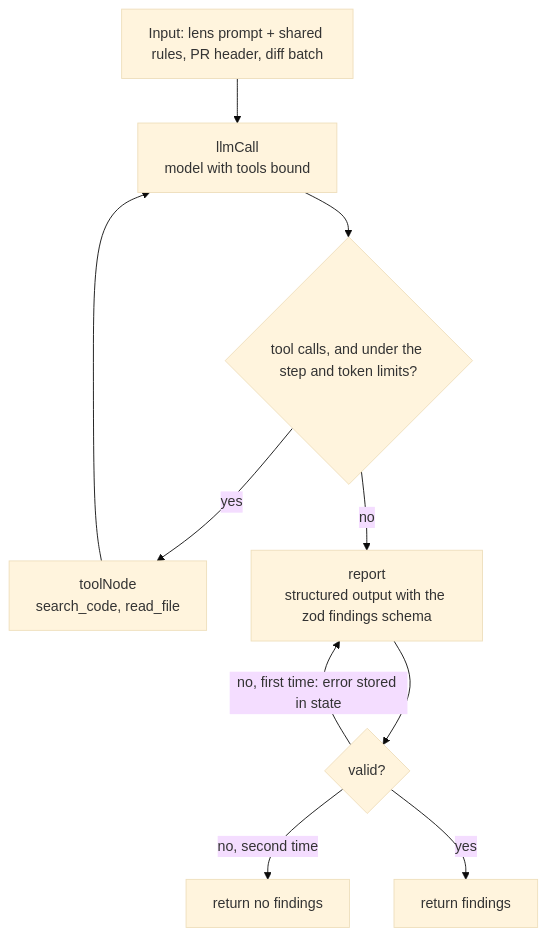
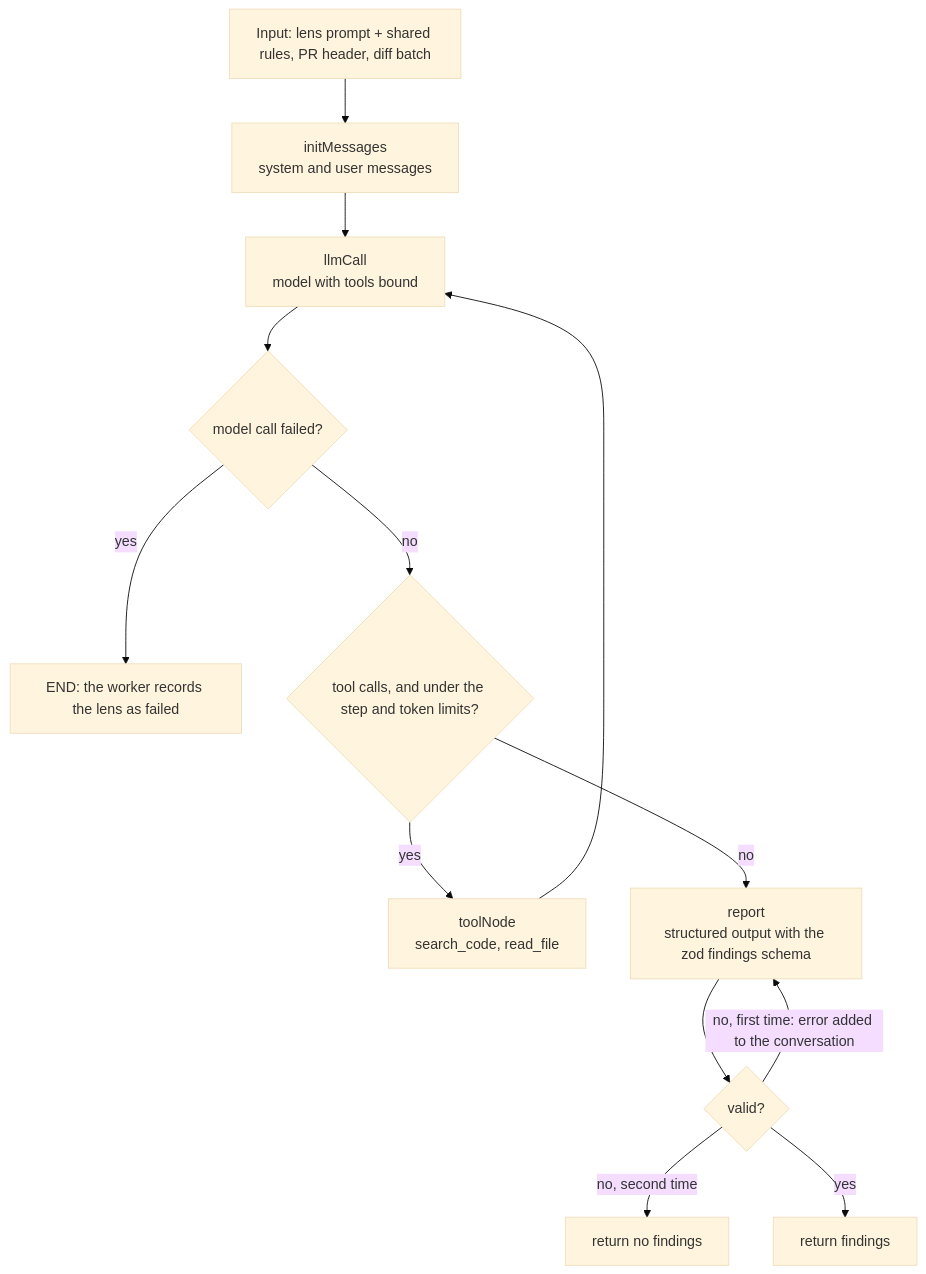
The second of 2 diagrams in Plan.md (d-Bharti001/pr-review-agent), drawn with Mermaid (base theme) before and after one commit. The commit also changed other lines of this file and 28 other files, not shown here.

````diff
--- a/Plan.md
+++ b/Plan.md
@@ -160,12 +168,15 @@
 ```mermaid
 flowchart TD
-    S["Input: lens prompt + shared rules, PR header, diff batch"] --> L["llmCall<br/>model with tools bound"]
-    L --> T{"tool calls, and under the step and token limits?"}
+    S["Input: lens prompt + shared rules, PR header, diff batch"] --> I["initMessages<br/>system and user messages"]
+    I --> L["llmCall<br/>model with tools bound"]
+    L --> F{"model call failed?"}
+    F -- yes --> Z["END: the worker records the lens as failed"]
+    F -- no --> T{"tool calls, and under the step and token limits?"}
     T -- yes --> R["toolNode<br/>search_code, read_file"]
     R --> L
     T -- no --> O["report<br/>structured output with the zod findings schema"]
     O --> V{"valid?"}
-    V -- "no, first time: error stored in state" --> O
+    V -- "no, first time: error added to the conversation" --> O
     V -- "no, second time" --> X["return no findings"]
     V -- yes --> D["return findings"]
 ```
````
